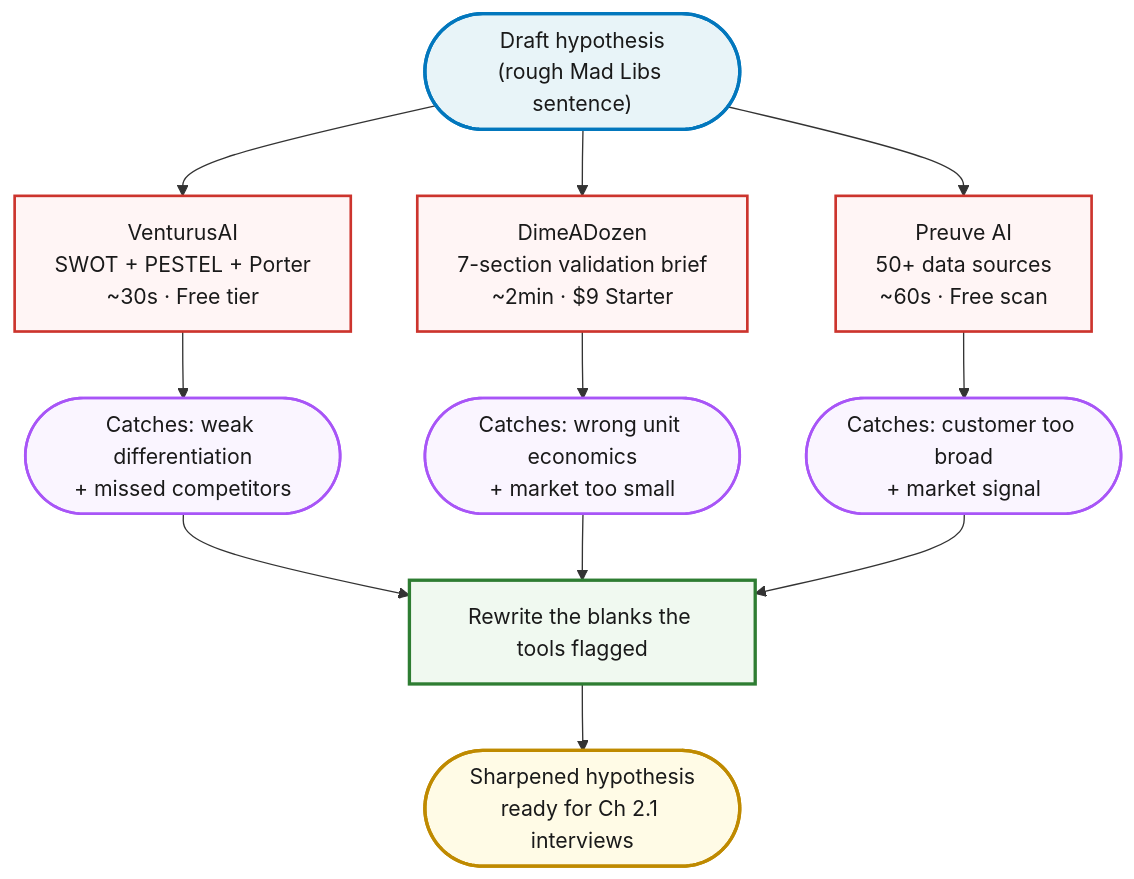
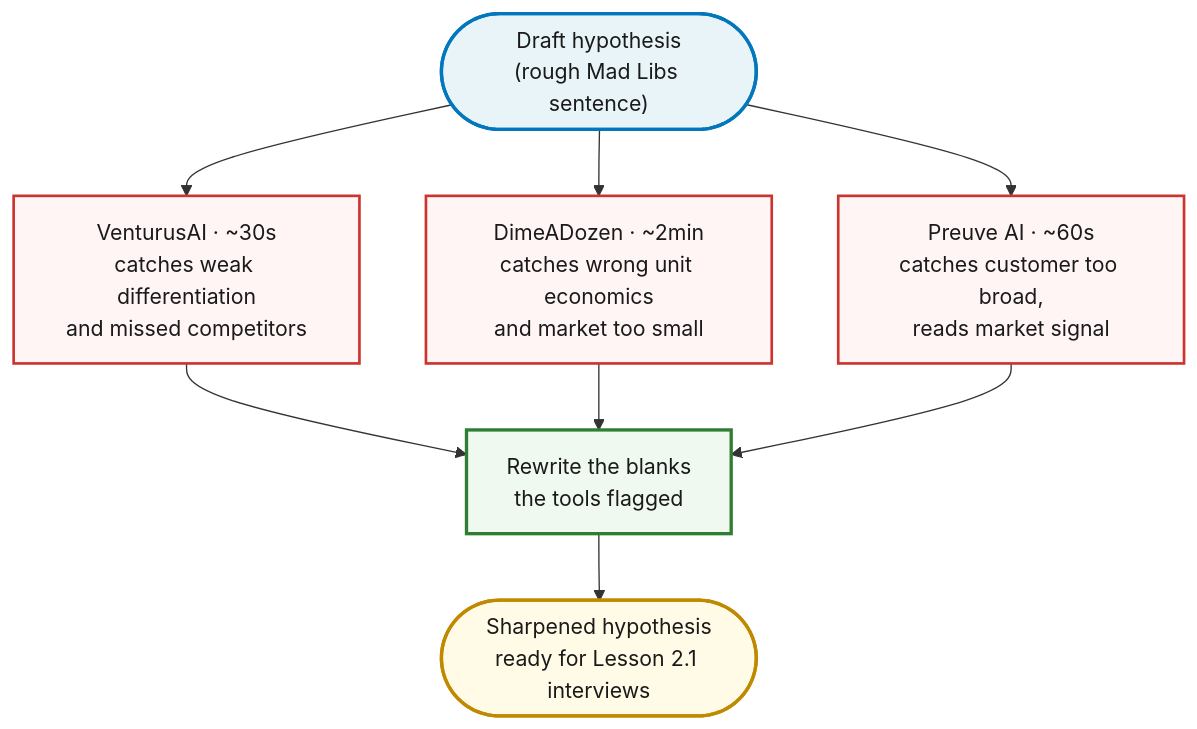
The diagram in content/course/tech-for-non-technical-founders-2026/validation-tools-field-guide/index.md (jetthoughts/jetthoughts.github.io), drawn with Mermaid before and after one commit. The commit also changed other lines of this file and 183 other files, not shown here.

````diff
--- a/content/course/tech-for-non-technical-founders-2026/validation-tools-field-guide/index.md
+++ b/content/course/tech-for-non-technical-founders-2026/validation-tools-field-guide/index.md
@@ -45,27 +45,22 @@
 ```mermaid
-%%{init: {'theme':'base', 'themeVariables': {'fontFamily':'Caveat, Patrick Hand, cursive', 'primaryColor':'#fff5f5', 'primaryBorderColor':'#cc342d', 'lineColor':'#333', 'primaryTextColor':'#1a1a1a'}}}%%
+%%{init: {'theme':'base', 'themeVariables': {'fontFamily':'Caveat, Patrick Hand, Comic Sans MS, cursive', 'primaryColor':'#fff5f5', 'primaryBorderColor':'#cc342d', 'lineColor':'#333', 'primaryTextColor':'#1a1a1a'}}}%%
 flowchart TD
     Draft(["Draft hypothesis<br/>(rough Mad Libs sentence)"])
-    Draft --> V[VenturusAI<br/>SWOT + PESTEL + Porter<br/>~30s · Free tier]
-    Draft --> D[DimeADozen<br/>7-section validation brief<br/>~2min · $9 Starter]
-    Draft --> P[Preuve AI<br/>50+ data sources<br/>~60s · Free scan]
-    V --> Catch(["Catches: weak differentiation<br/>+ missed competitors"])
-    D --> Sizing(["Catches: wrong unit economics<br/>+ market too small"])
-    P --> Niche(["Catches: customer too broad<br/>+ market signal"])
-    Catch --> Refine[Rewrite the blanks the tools flagged]
-    Sizing --> Refine
-    Niche --> Refine
-    Refine --> Out(["Sharpened hypothesis<br/>ready for Ch 2.1 interviews"])
+    Draft --> V["VenturusAI · ~30s<br/>catches weak differentiation<br/>and missed competitors"]
+    Draft --> D["DimeADozen · ~2min<br/>catches wrong unit economics<br/>and market too small"]
+    Draft --> P["Preuve AI · ~60s<br/>catches customer too broad,<br/>reads market signal"]
+    V --> Refine["Rewrite the blanks<br/>the tools flagged"]
+    D --> Refine
+    P --> Refine
+    Refine --> Out(["Sharpened hypothesis<br/>ready for Lesson 2.1 interviews"])
 
     classDef draft fill:#e8f4f8,stroke:#0277bd,stroke-width:2.5px,color:#1a1a1a
     classDef tool fill:#fff5f5,stroke:#cc342d,stroke-width:2px,color:#1a1a1a
-    classDef catch fill:#faf5ff,stroke:#a855f7,stroke-width:2px,color:#1a1a1a
     classDef refine fill:#f0f9f0,stroke:#2e7d32,stroke-width:2.5px,color:#1a1a1a
     classDef out fill:#fffbe6,stroke:#bf8a00,stroke-width:2.5px,color:#1a1a1a
 
     class Draft draft
     class V,D,P tool
-    class Catch,Sizing,Niche catch
     class Refine refine
     class Out out
 ```
````
